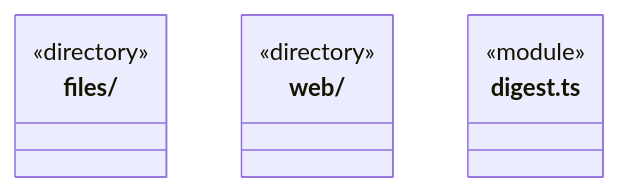
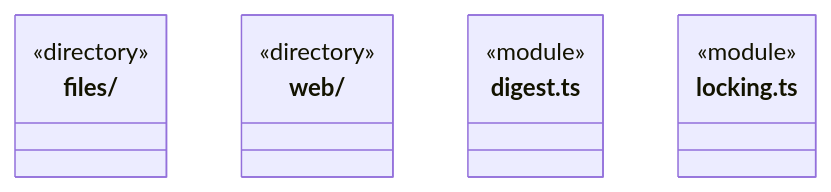
The first of 2 diagrams in src/core/platform/node/ARCHITECTURE.md (nan023062/cbim), drawn with Mermaid before and after one commit. The commit also changed other lines of this file and 74 other files, not shown here.

````diff
--- a/src/core/platform/node/ARCHITECTURE.md
+++ b/src/core/platform/node/ARCHITECTURE.md
@@ -17,12 +18,15 @@
 ```mermaid
 classDiagram
 class N_src_core_platform_node_files["files/"] {
   <<directory>>
 }
 class N_src_core_platform_node_web["web/"] {
   <<directory>>
 }
 class N_src_core_platform_node_digest_ts["digest.ts"] {
   <<module>>
 }
+class N_src_core_platform_node_locking_ts["locking.ts"] {
+  <<module>>
+}
 ```
````
